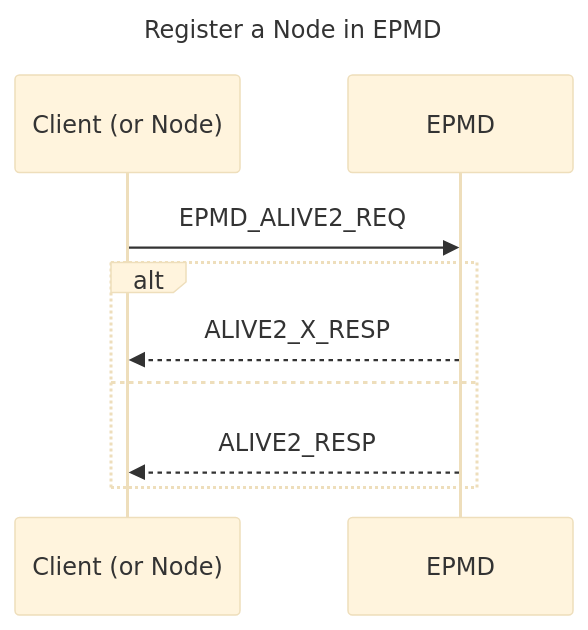
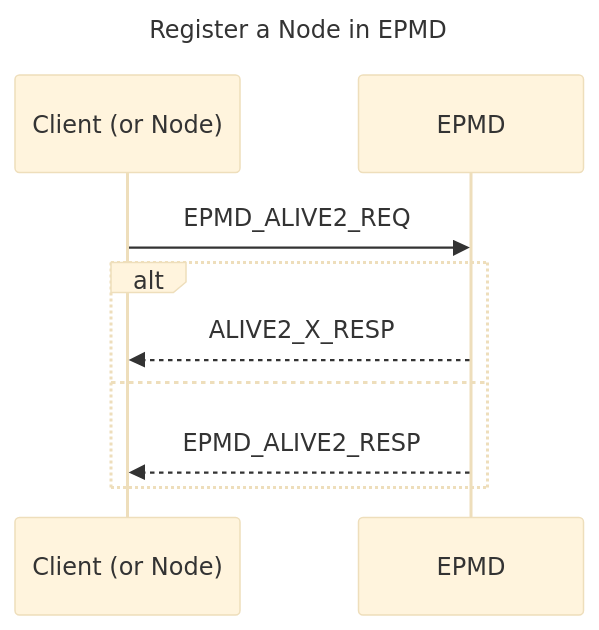
The second of 8 diagrams in erts/doc/guides/erl_dist_protocol.md (erlang/otp), drawn with Mermaid (base theme) before and after one commit. The commit also changed other lines of this file and 2 other files, not shown here.

Commit message:
epmd: rename ALIVE2_RESP to EPMD_ALIVE2_RESP for consistency

````diff
--- a/erts/doc/guides/erl_dist_protocol.md
+++ b/erts/doc/guides/erl_dist_protocol.md
@@ -129,15 +129,15 @@
 ```mermaid
 ---
 title: Register a Node in EPMD
 ---
 sequenceDiagram
     participant client as Client (or Node)
     participant EPMD
 
     client ->> EPMD: EPMD_ALIVE2_REQ
     alt
         EPMD -->> client: ALIVE2_X_RESP
     else
-        EPMD -->> client: ALIVE2_RESP
+        EPMD -->> client: EPMD_ALIVE2_RESP
     end
 ```
````
